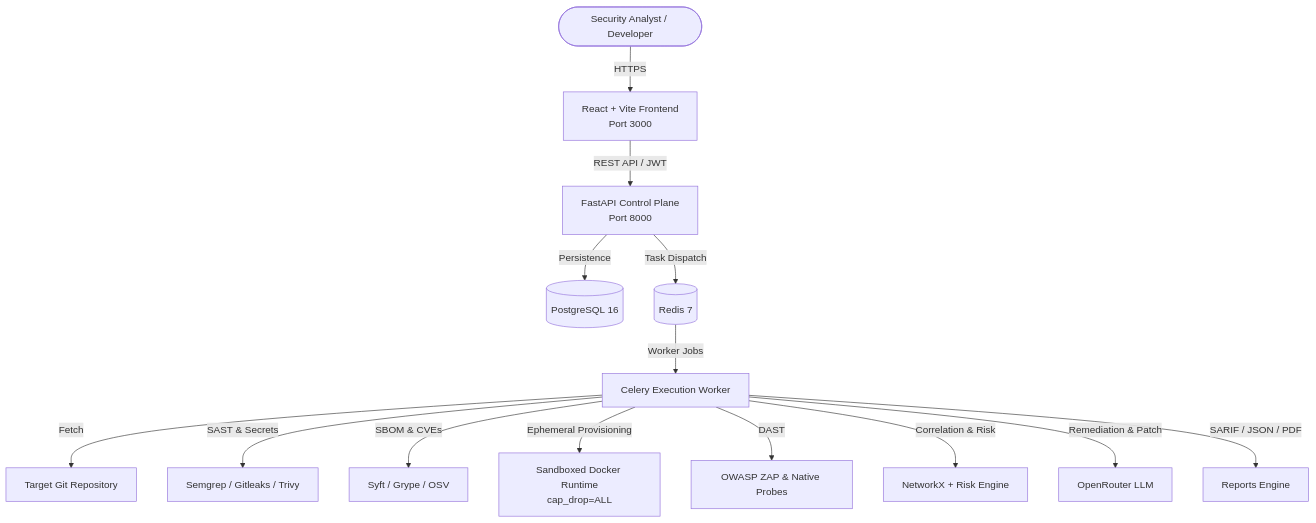
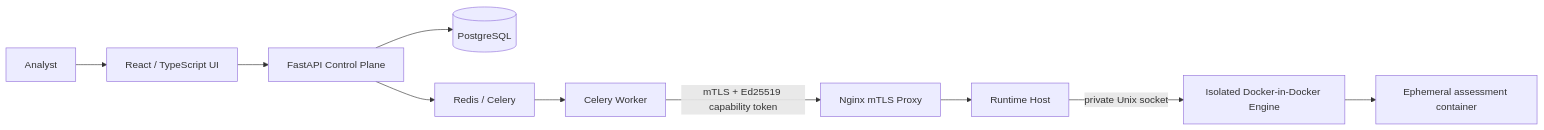
The diagram in README.md (PranavBShenoy/Sentinal-X), drawn with Mermaid before and after one commit. The commit also changed other lines of this file and 102 other files, not shown here.

````diff
--- a/README.md
+++ b/README.md
@@ -25,16 +13,12 @@
 ```mermaid
-flowchart TD
-    User([Security Analyst / Developer]) -->|HTTPS| Frontend[React + Vite Frontend\nPort 3000]
-    Frontend -->|REST API / JWT| API[FastAPI Control Plane\nPort 8000]
-    API -->|Persistence| DB[(PostgreSQL 16)]
-    API -->|Task Dispatch| Queue[(Redis 7)]
-    Queue -->|Worker Jobs| Worker[Celery Execution Worker]
-    Worker -->|Fetch| GitRepo[Target Git Repository]
-    Worker -->|SAST & Secrets| Scanners[Semgrep / Gitleaks / Trivy]
-    Worker -->|SBOM & CVEs| SupplyChain[Syft / Grype / OSV]
-    Worker -->|Ephemeral Provisioning| Docker[Sandboxed Docker Runtime\ncap_drop=ALL]
-    Worker -->|DAST| DAST[OWASP ZAP & Native Probes]
-    Worker -->|Correlation & Risk| Engine[NetworkX + Risk Engine]
-    Worker -->|Remediation & Patch| AI[OpenRouter LLM]
-    Worker -->|SARIF / JSON / PDF| Reports[Reports Engine]
+flowchart LR
+    User[Analyst] --> UI[React / TypeScript UI]
+    UI --> API[FastAPI Control Plane]
+    API --> DB[(PostgreSQL)]
+    API --> Queue[Redis / Celery]
+    Queue --> Worker[Celery Worker]
+    Worker -->|mTLS + Ed25519 capability token| Proxy[Nginx mTLS Proxy]
+    Proxy --> Host[Runtime Host]
+    Host -->|private Unix socket| Engine[Isolated Docker-in-Docker Engine]
+    Engine --> Job[Ephemeral assessment container]
 ```
````
